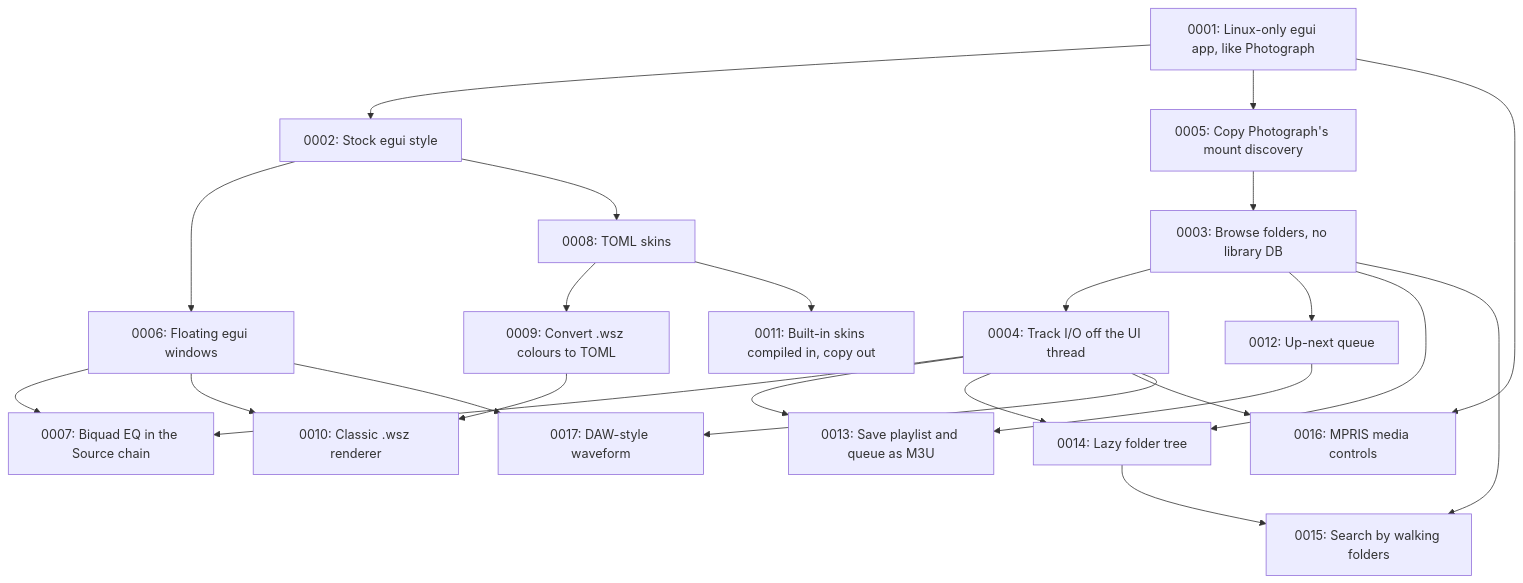
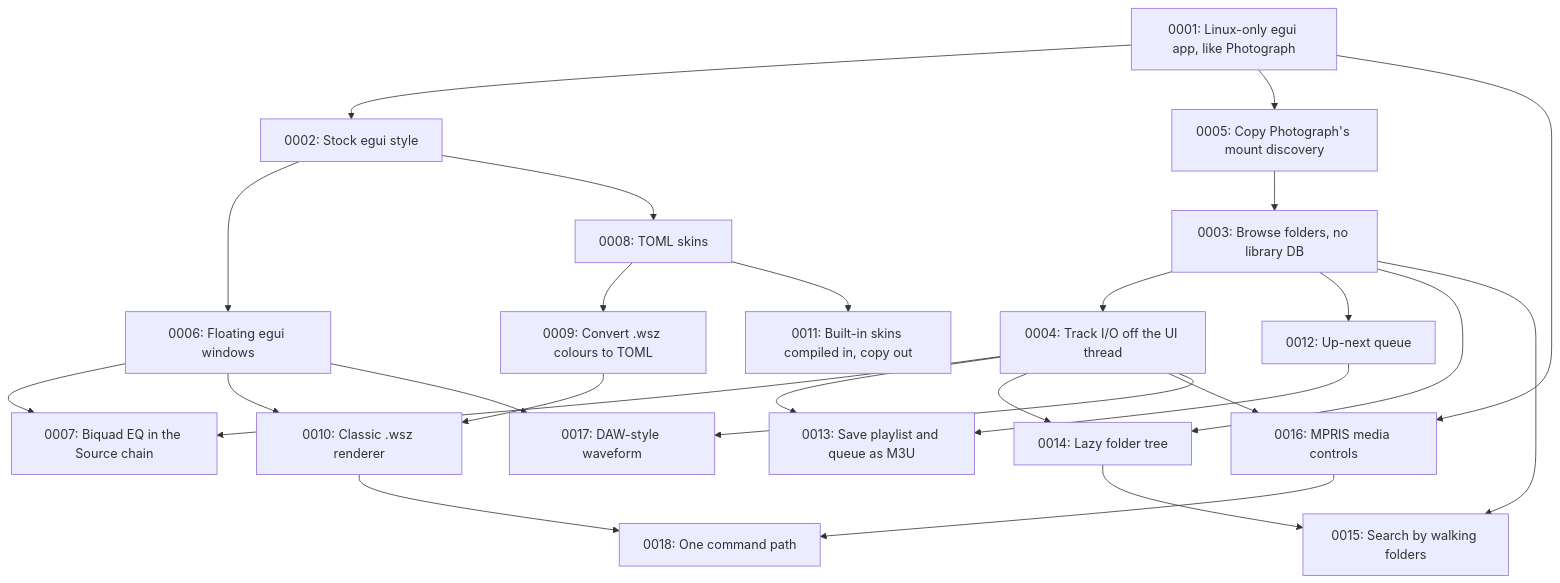
One commit to divanvisagie/UnAmp changed the diagram in docs/adr/README.md. Above: the diagram before and after it, drawn with Mermaid. The commit also changed other lines of this file and 10 other files, not shown here.

````diff
--- a/docs/adr/README.md
+++ b/docs/adr/README.md
@@ -63,26 +64,28 @@
 ```mermaid
 flowchart TD
     A[0001: Linux-only egui app, like Photograph] --> B[0002: Stock egui style]
     A --> E[0005: Copy Photograph's mount discovery]
     C[0003: Browse folders, no library DB] --> D[0004: Track I/O off the UI thread]
     E --> C
     B --> F[0006: Floating egui windows]
     D --> G[0007: Biquad EQ in the Source chain]
     F --> G
     B --> H[0008: TOML skins]
     H --> I[0009: Convert .wsz colours to TOML]
     I --> J[0010: Classic .wsz renderer]
     F --> J
     H --> K[0011: Built-in skins compiled in, copy out]
     C --> L[0012: Up-next queue]
     L --> M[0013: Save playlist and queue as M3U]
     D --> M
     C --> N[0014: Lazy folder tree]
     D --> N
     C --> O[0015: Search by walking folders]
     N --> O
     A --> P[0016: MPRIS media controls]
     D --> P
     F --> Q[0017: DAW-style waveform]
     D --> Q
+    J --> R[0018: One command path]
+    P --> R
 ```
````
